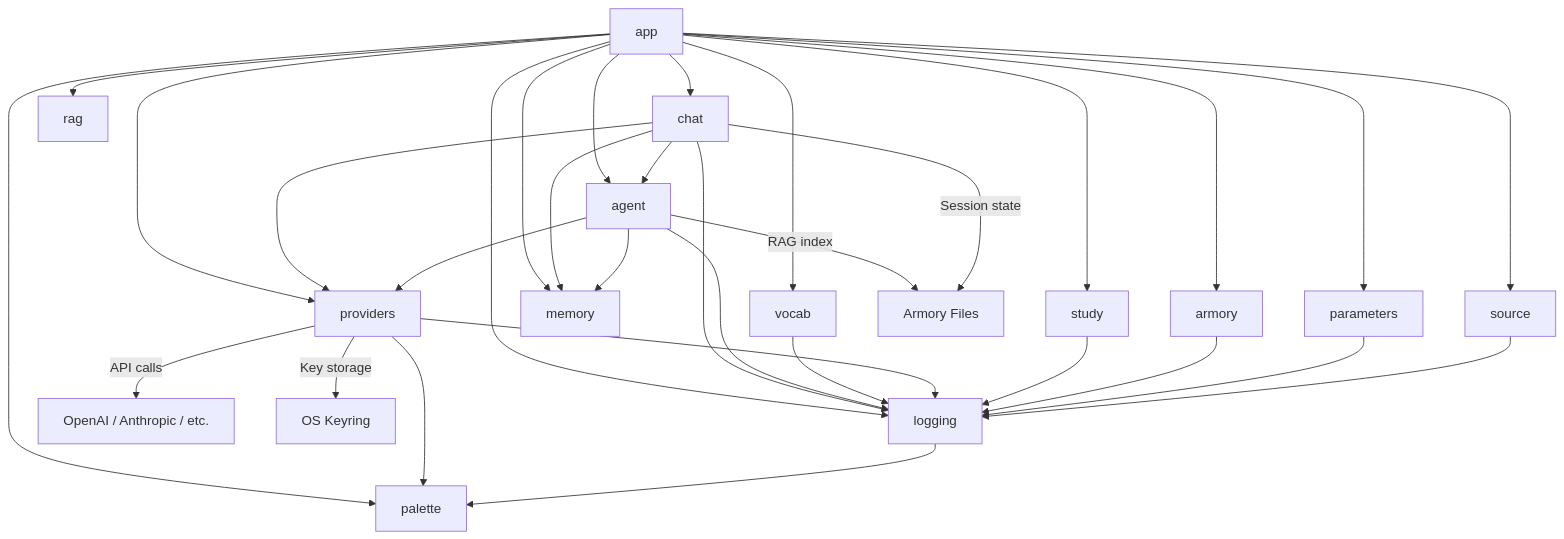
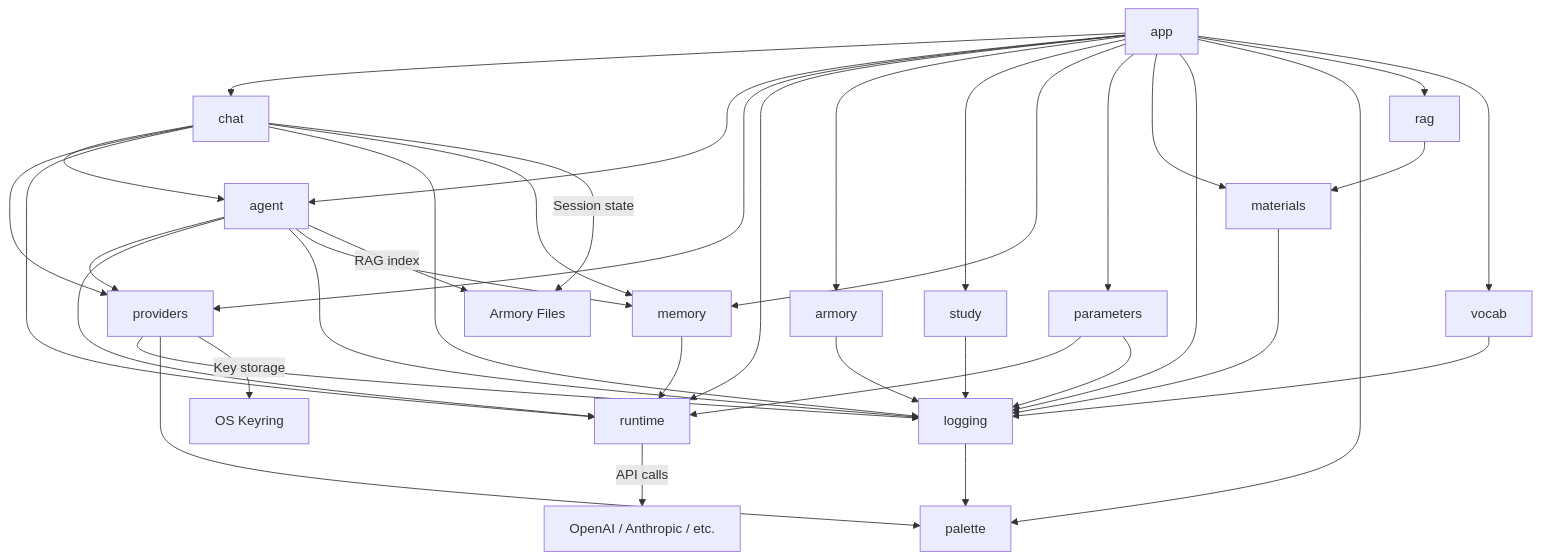
The first of 2 diagrams in docs/architecture.md (gildrb/heph), drawn with Mermaid before and after one commit. The commit also changed other lines of this file and 63 other files, not shown here.

Commit message:
Refactor materials and runtime architecture

````diff
--- a/docs/architecture.md
+++ b/docs/architecture.md
@@ -7,45 +7,53 @@
 ```mermaid
 graph TD
     App[app] --> Chat[chat]
     App --> Agent[agent]
     App --> Providers[providers]
+    App --> Runtime[runtime]
     App --> Armory[armory]
     App --> Study[study]
     App --> Memory[memory]
     App --> Parameters[parameters]
-    App --> Source[source]
+    App --> Materials[materials]
     App --> Logging[logging]
     App --> Palette[palette]
     App --> RAG[rag]
     App --> Vocab[vocab]
 
     Chat --> Agent
     Chat --> Providers
+    Chat --> Runtime
     Chat --> Logging
     Chat --> Memory
 
     Agent --> Providers
+    Agent --> Runtime
     Agent --> Logging
     Agent --> Memory
+
+    Memory --> Runtime
+    Parameters --> Runtime
+
+    RAG --> Materials
 
     Vocab --> Logging
 
     Providers --> Logging
     Providers --> Palette
 
     Study --> Logging
 
     Armory --> Logging
 
     Parameters --> Logging
 
-    Source --> Logging
+    Materials --> Logging
 
     Logging --> Palette
 
-    Providers -->|API calls| LLM[OpenAI / Anthropic / etc.]
+    Runtime -->|API calls| LLM[OpenAI / Anthropic / etc.]
     Providers -->|Key storage| Keyring[OS Keyring]
 
     Agent -->|RAG index| FileStore[Armory Files]
     Chat -->|Session state| FileStore
 ```
````
